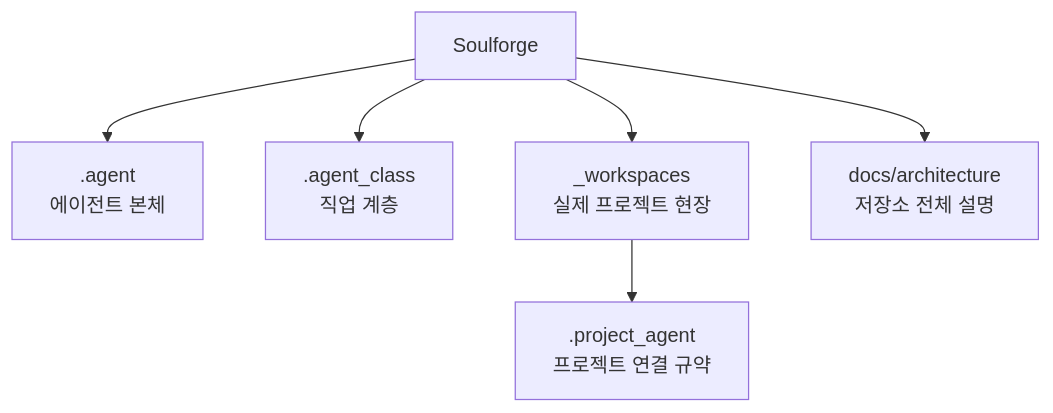
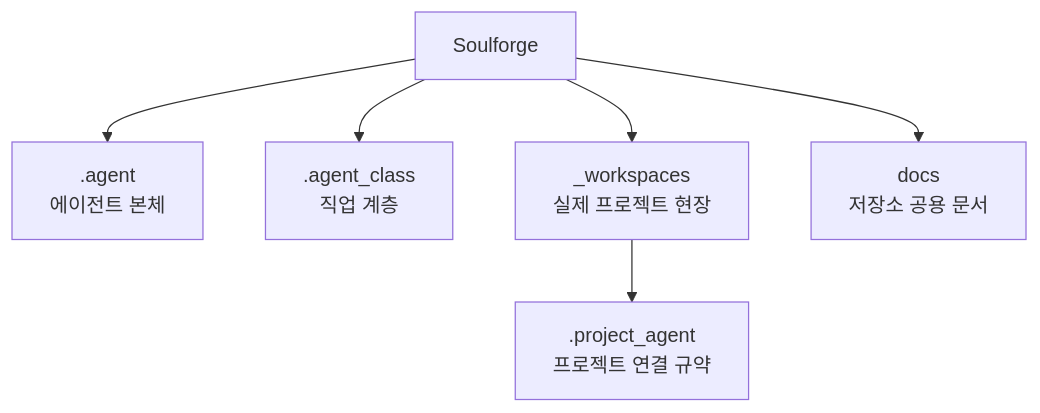
The diagram in README.md (SungYongMOON/soulforge), drawn with Mermaid before and after one commit. The commit also changed other lines of this file and 38 other files, not shown here.

````diff
--- a/README.md
+++ b/README.md
@@ -10,8 +15,8 @@
 ```mermaid
 flowchart TD
   S["Soulforge"] --> B[".agent<br/>에이전트 본체"]
   S --> C[".agent_class<br/>직업 계층"]
   S --> W["_workspaces<br/>실제 프로젝트 현장"]
-  S --> D["docs/architecture<br/>저장소 전체 설명"]
+  S --> D["docs<br/>저장소 공용 문서"]
   W --> P[".project_agent<br/>프로젝트 연결 규약"]
 ```
````
